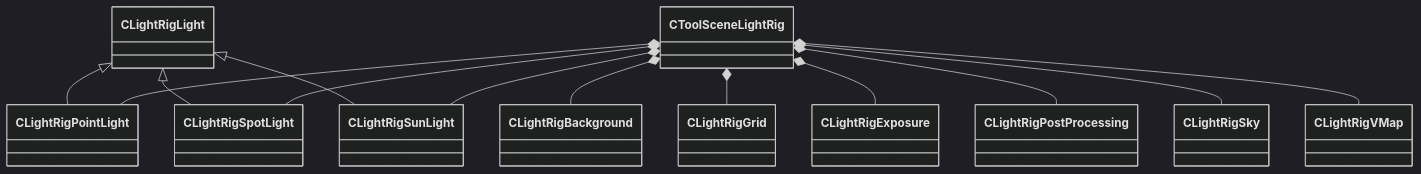
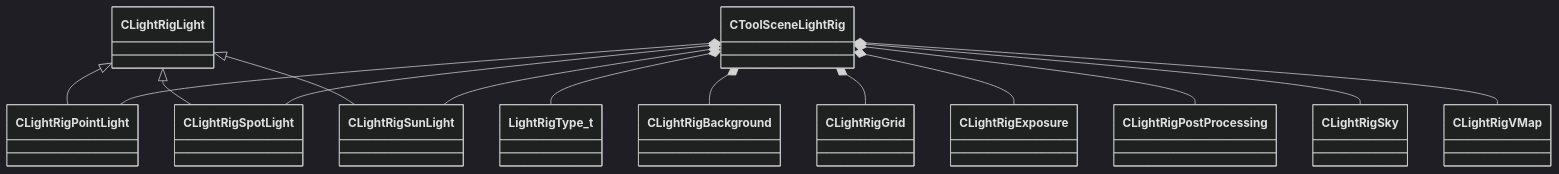
The diagram in docs/generated/diagrams/toolscene.md (CS2OpenDev/CS2OpenDev-Docs), drawn with Mermaid (dark theme) before and after one commit. The commit also changed 2956 other files, not shown here.

````diff
--- a/docs/generated/diagrams/toolscene.md
+++ b/docs/generated/diagrams/toolscene.md
@@ -14,15 +14,16 @@
 ```mermaid
 classDiagram
     CLightRigLight <|-- CLightRigPointLight
     CLightRigLight <|-- CLightRigSpotLight
     CLightRigLight <|-- CLightRigSunLight
+    CToolSceneLightRig *-- LightRigType_t
     CToolSceneLightRig *-- CLightRigSunLight
     CToolSceneLightRig *-- CLightRigPointLight
     CToolSceneLightRig *-- CLightRigSpotLight
     CToolSceneLightRig *-- CLightRigBackground
     CToolSceneLightRig *-- CLightRigGrid
     CToolSceneLightRig *-- CLightRigExposure
     CToolSceneLightRig *-- CLightRigPostProcessing
     CToolSceneLightRig *-- CLightRigSky
     CToolSceneLightRig *-- CLightRigVMap
 ```
````
